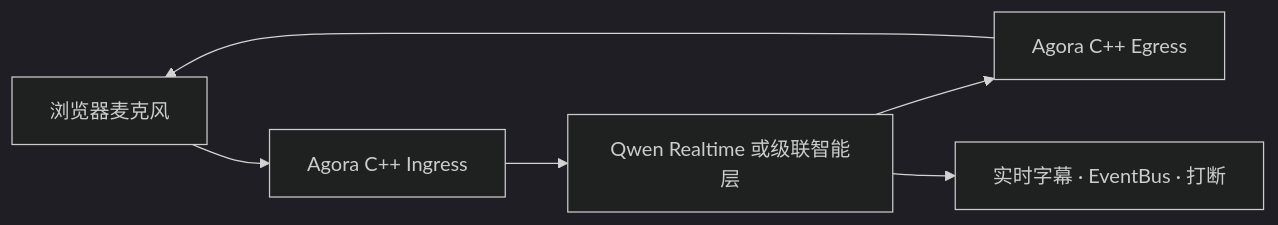
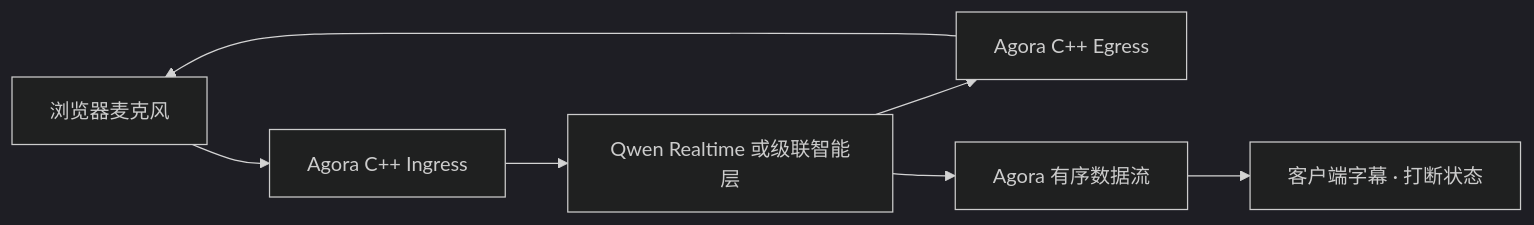
One commit to PiyotaHu/Voxa changed the diagram in docs/site/zh/index.md. Above: the diagram before and after it, drawn with Mermaid (dark theme). The commit also changed 67 other files, not shown here.

````diff
--- a/docs/site/zh/index.md
+++ b/docs/site/zh/index.md
@@ -20,8 +20,9 @@
 ```mermaid
 flowchart LR
     WEB["浏览器麦克风"] --> AGORA_IN["Agora C++ Ingress"]
     AGORA_IN --> QWEN["Qwen Realtime 或级联智能层"]
     QWEN --> AGORA_OUT["Agora C++ Egress"]
     AGORA_OUT --> WEB
-    QWEN --> LIVE["实时字幕 · EventBus · 打断"]
+    QWEN --> DATA["Agora 有序数据流"]
+    DATA --> LIVE["客户端字幕 · 打断状态"]
 ```
````
